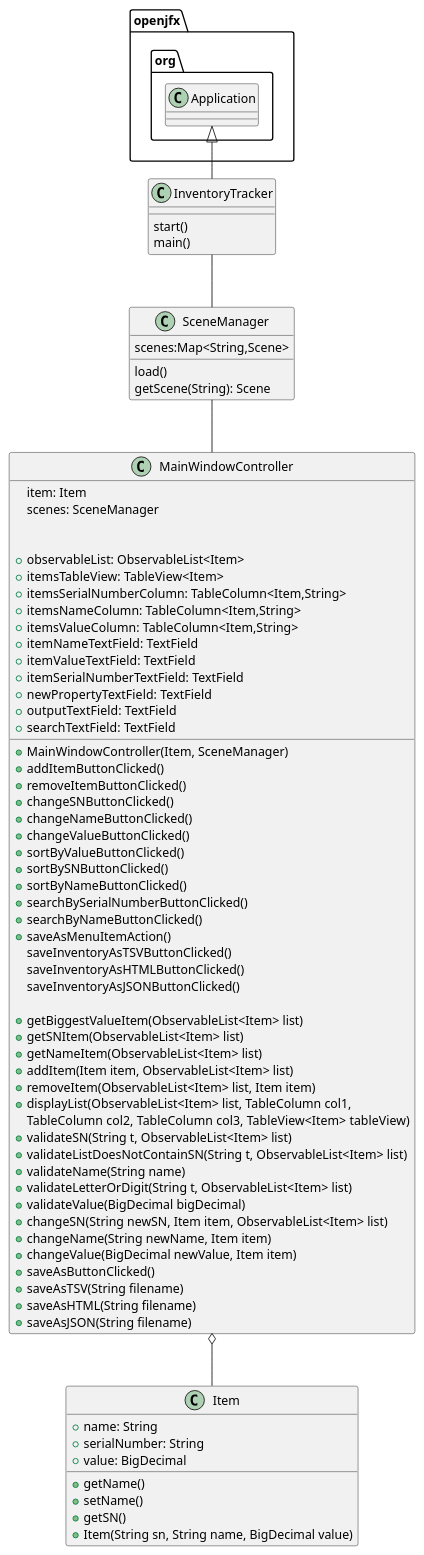
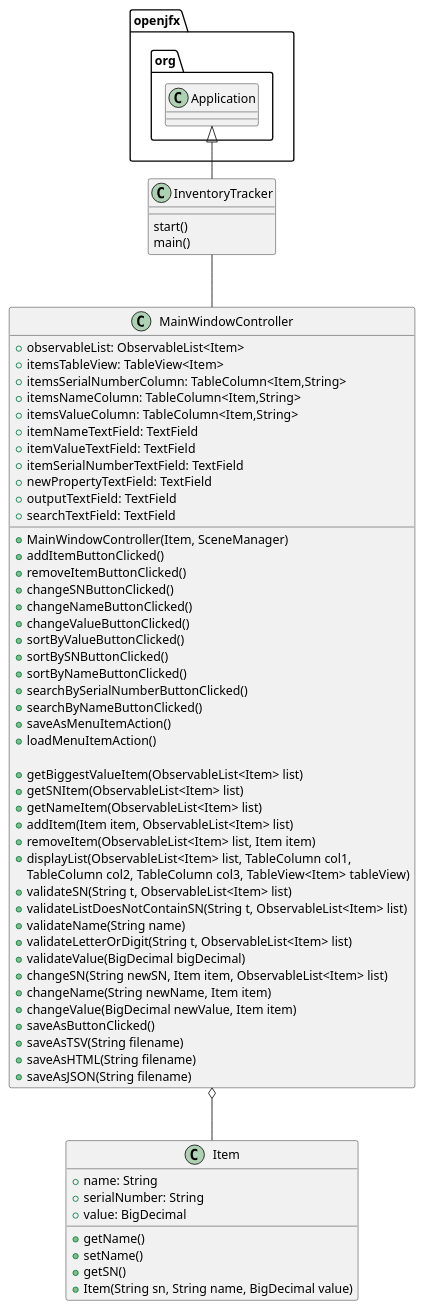
One commit to christianklingbiel/klingbiel-9967-a5 changed the diagram in uml/exercise56.puml. Above: the diagram before and after it, drawn with PlantUML. The commit also changed 6 other files, not shown here.

```diff
--- a/uml/exercise56.puml
+++ b/uml/exercise56.puml
@@ -1,84 +1,73 @@
 @startuml
 class InventoryTracker{
     start()
     main()
 }
 
-class SceneManager{
-    scenes:Map<String,Scene>
-
-    load()
-    getScene(String): Scene
-}
 
 class MainWindowController{
-    item: Item
-    scenes: SceneManager
 
     + MainWindowController(Item, SceneManager)
 
     + observableList: ObservableList<Item>
     + itemsTableView: TableView<Item>
     + itemsSerialNumberColumn: TableColumn<Item,String>
     + itemsNameColumn: TableColumn<Item,String>
     + itemsValueColumn: TableColumn<Item,String>
     + itemNameTextField: TextField
     + itemValueTextField: TextField
     + itemSerialNumberTextField: TextField
     + newPropertyTextField: TextField
     + outputTextField: TextField
     + searchTextField: TextField
 
     + addItemButtonClicked()
     + removeItemButtonClicked()
     + changeSNButtonClicked()
     + changeNameButtonClicked()
     + changeValueButtonClicked()
     + sortByValueButtonClicked()
     + sortBySNButtonClicked()
     + sortByNameButtonClicked()
     + searchBySerialNumberButtonClicked()
     + searchByNameButtonClicked()
     + saveAsMenuItemAction()
-    saveInventoryAsTSVButtonClicked()
-    saveInventoryAsHTMLButtonClicked()
-    saveInventoryAsJSONButtonClicked()
+    + loadMenuItemAction()
 
     + getBiggestValueItem(ObservableList<Item> list)
     + getSNItem(ObservableList<Item> list)
     + getNameItem(ObservableList<Item> list)
     + addItem(Item item, ObservableList<Item> list)
     + removeItem(ObservableList<Item> list, Item item)
     + displayList(ObservableList<Item> list, TableColumn col1,
         TableColumn col2, TableColumn col3, TableView<Item> tableView)
     + validateSN(String t, ObservableList<Item> list)
     + validateListDoesNotContainSN(String t, ObservableList<Item> list)
     + validateName(String name)
     + validateLetterOrDigit(String t, ObservableList<Item> list)
     + validateValue(BigDecimal bigDecimal)
     + changeSN(String newSN, Item item, ObservableList<Item> list)
     + changeName(String newName, Item item)
     + changeValue(BigDecimal newValue, Item item)
     + saveAsButtonClicked()
     + saveAsTSV(String filename)
     + saveAsHTML(String filename)
     + saveAsJSON(String filename)
 }
 
 
 class Item{
     + name: String
     + serialNumber: String
     + value: BigDecimal
 
     + getName()
     + setName()
     + getSN()
     + Item(String sn, String name, BigDecimal value)
 }
 
 openjfx.org.Application <|-- InventoryTracker
-InventoryTracker -- SceneManager
-SceneManager -- MainWindowController
+InventoryTracker -- MainWindowController
 MainWindowController o-- Item
 @enduml
```
